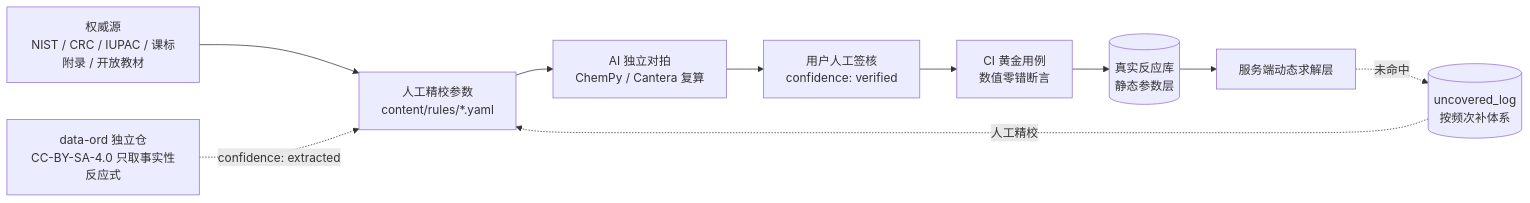
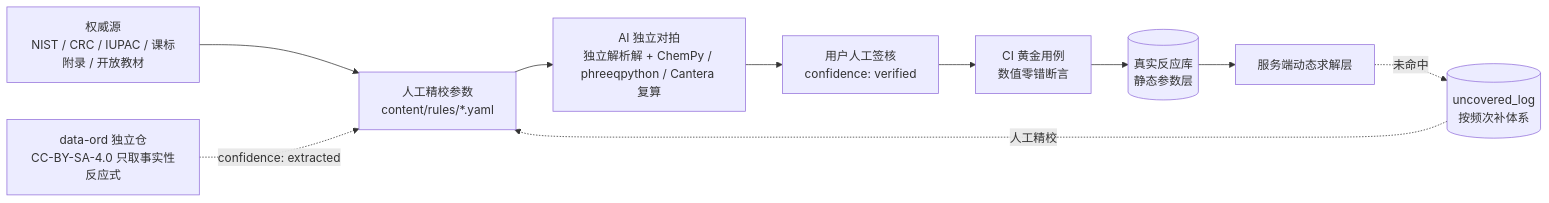
The diagram in docs/design/03-数据模型与反应规则Schema.md (stellarissss/open-chem-lab), drawn with Mermaid before and after one commit. The commit also changed other lines of this file and 38 other files, not shown here.

````diff
--- a/docs/design/03-数据模型与反应规则Schema.md
+++ b/docs/design/03-数据模型与反应规则Schema.md
@@ -262,12 +263,12 @@
 ```mermaid
 flowchart LR
   A[权威源<br/>NIST / CRC / IUPAC / 课标附录 / 开放教材] --> B[人工精校参数<br/>content/rules/*.yaml]
   ORD[data-ord 独立仓<br/>CC-BY-SA-4.0 只取事实性反应式] -.->|confidence: extracted| B
-  B --> C[AI 独立对拍<br/>ChemPy / Cantera 复算]
+  B --> C[AI 独立对拍<br/>独立解析解 + ChemPy / phreeqpython / Cantera 复算]
   C --> D[用户人工签核<br/>confidence: verified]
   D --> E[CI 黄金用例<br/>数值零错断言]
   E --> F[(真实反应库<br/>静态参数层)]
   F --> G[服务端动态求解层]
   G -.未命中.-> H[(uncovered_log<br/>按频次补体系)]
   H -.人工精校.-> B
 ```
````
